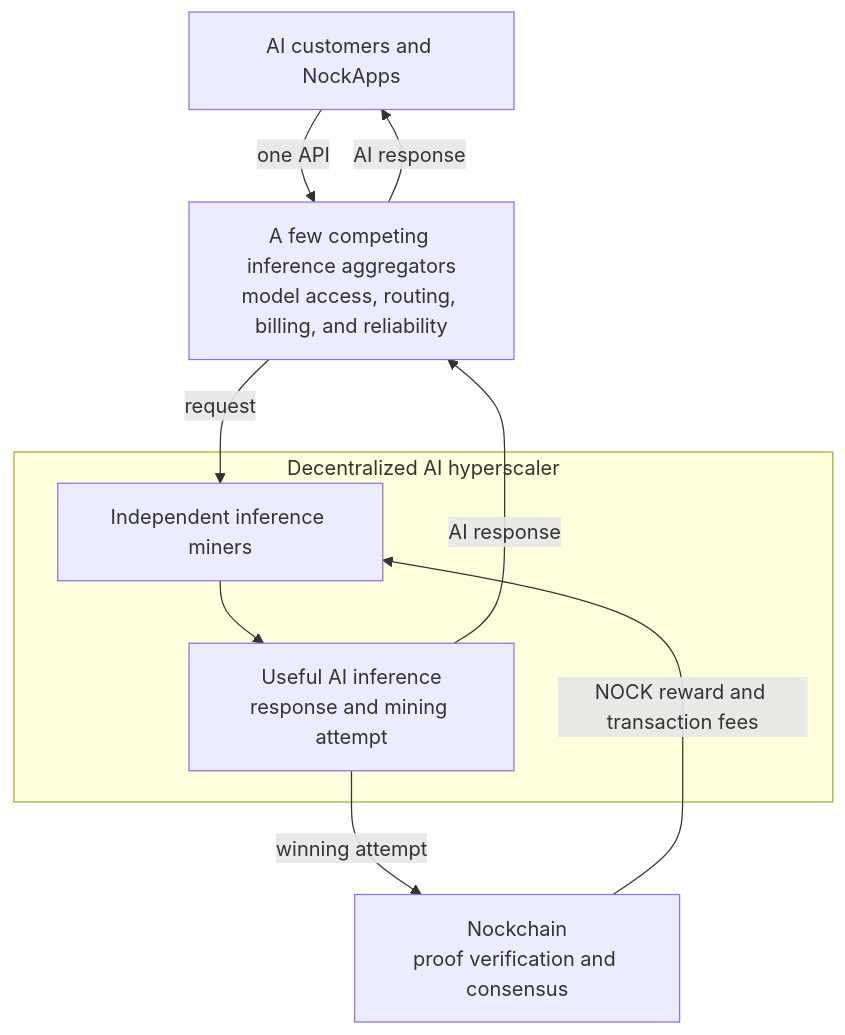
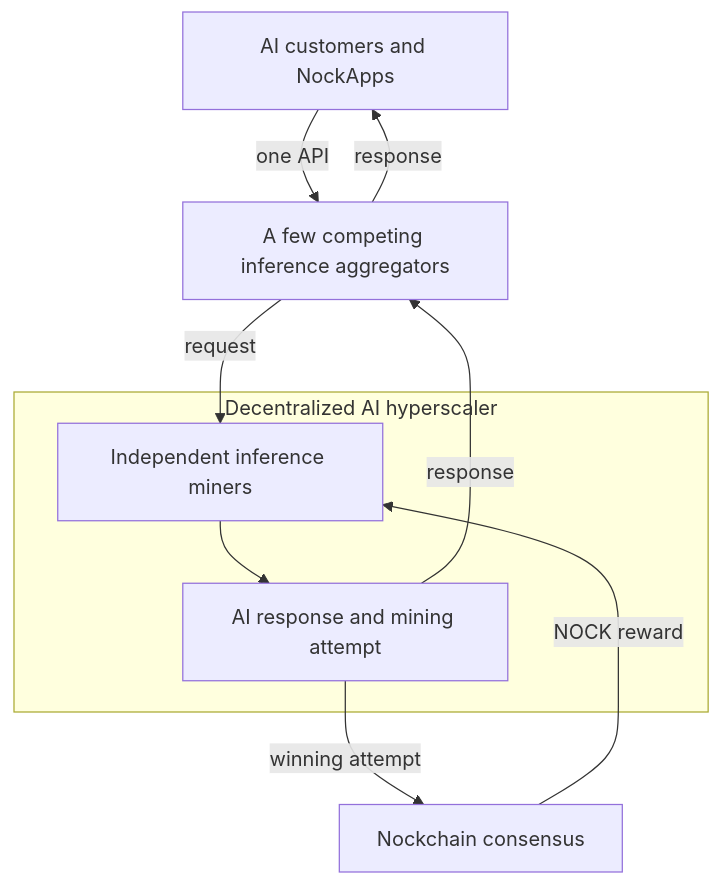
Before and after one commit to nockchain/nockchain: the diagram in ai-compute-network-eli5.md, drawn with Mermaid. The commit also changed other lines of this file, not shown here.

````diff
--- a/ai-compute-network-eli5.md
+++ b/ai-compute-network-eli5.md
@@ -117,14 +68,14 @@
 ```mermaid
 flowchart TB
-  C["AI customers and NockApps"] -->|"one API"| A["A few competing inference aggregators<br/>model access, routing, billing, and reliability"]
+  C["AI customers and NockApps"] -->|"one API"| A["A few competing inference aggregators"]
 
   subgraph H["Decentralized AI hyperscaler"]
-    P["Independent inference miners"] --> G["Useful AI inference<br/>response and mining attempt"]
+    P["Independent inference miners"] --> G["AI response and mining attempt"]
   end
 
   A -->|"request"| P
-  G -->|"AI response"| A
-  A -->|"AI response"| C
-  G -->|"winning attempt"| N["Nockchain<br/>proof verification and consensus"]
-  N -->|"NOCK reward and transaction fees"| P
+  G -->|"response"| A
+  A -->|"response"| C
+  G -->|"winning attempt"| N["Nockchain consensus"]
+  N -->|"NOCK reward"| P
 ```
````
